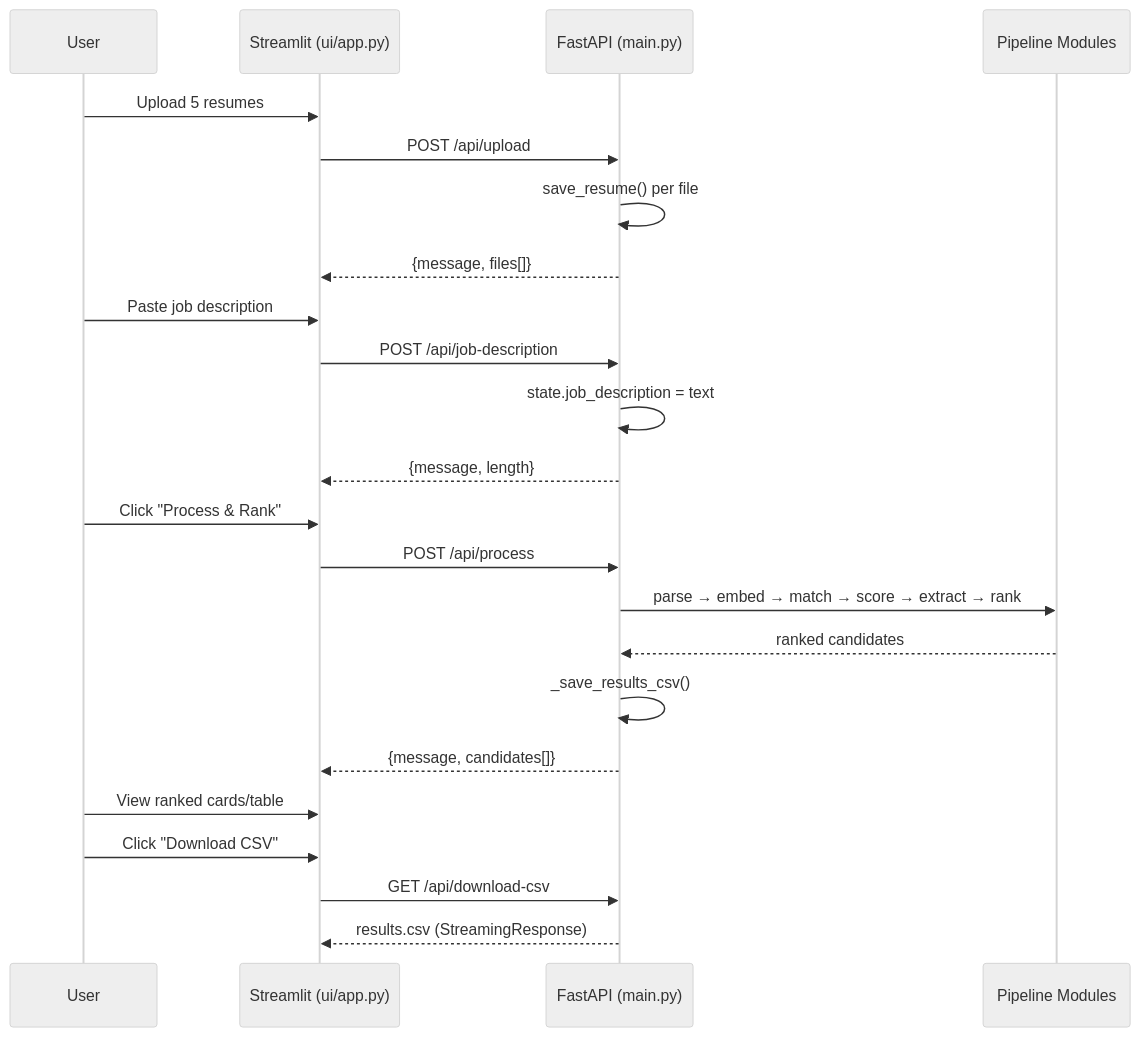
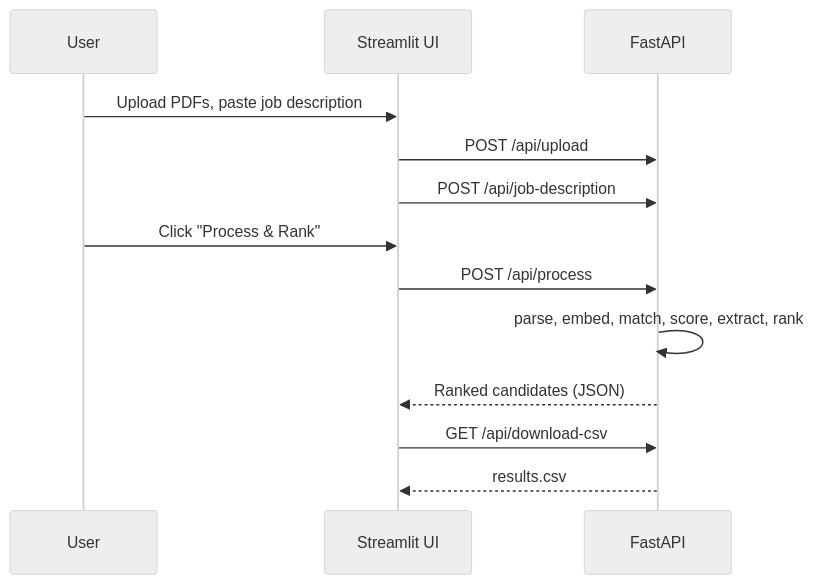
One commit to mannalaabiram2005-art/AI_RESUME_SHORTLISTER changed the second of 2 diagrams in README.md. Above: the diagram before and after it, drawn with Mermaid (neutral theme). The commit also changed other lines of this file and 1 other file, not shown here.

````diff
--- a/README.md
+++ b/README.md
@@ -721,29 +100,15 @@
 ```mermaid
 sequenceDiagram
-    participant User
-    participant UI as Streamlit (ui/app.py)
-    participant API as FastAPI (main.py)
-    participant PIPE as Pipeline Modules
-
-    User->>UI: Upload 5 resumes
-    UI->>API: POST /api/upload
-    API->>API: save_resume() per file
-    API-->>UI: {message, files[]}
-
-    User->>UI: Paste job description
-    UI->>API: POST /api/job-description
-    API->>API: state.job_description = text
-    API-->>UI: {message, length}
-
-    User->>UI: Click "Process & Rank"
-    UI->>API: POST /api/process
-    API->>PIPE: parse → embed → match → score → extract → rank
-    PIPE-->>API: ranked candidates
-    API->>API: _save_results_csv()
-    API-->>UI: {message, candidates[]}
-
-    User->>UI: View ranked cards/table
-    User->>UI: Click "Download CSV"
-    UI->>API: GET /api/download-csv
-    API-->>UI: results.csv (StreamingResponse)
+    participant U as User
+    participant S as Streamlit UI
+    participant A as FastAPI
+    U->>S: Upload PDFs, paste job description
+    S->>A: POST /api/upload
+    S->>A: POST /api/job-description
+    U->>S: Click "Process & Rank"
+    S->>A: POST /api/process
+    A->>A: parse, embed, match, score, extract, rank
+    A-->>S: Ranked candidates (JSON)
+    S->>A: GET /api/download-csv
+    A-->>S: results.csv
 ```
````
